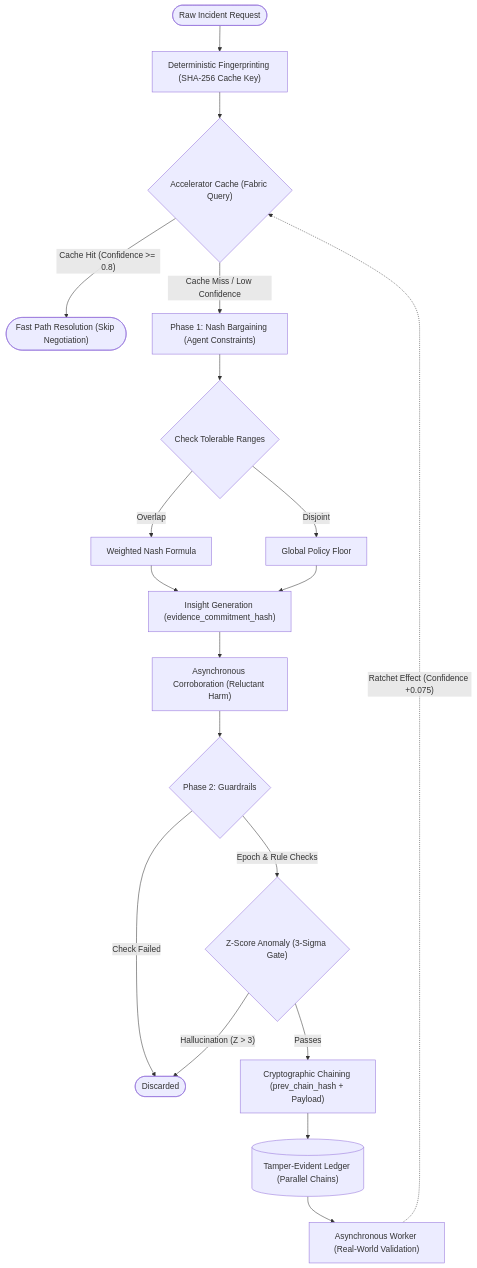
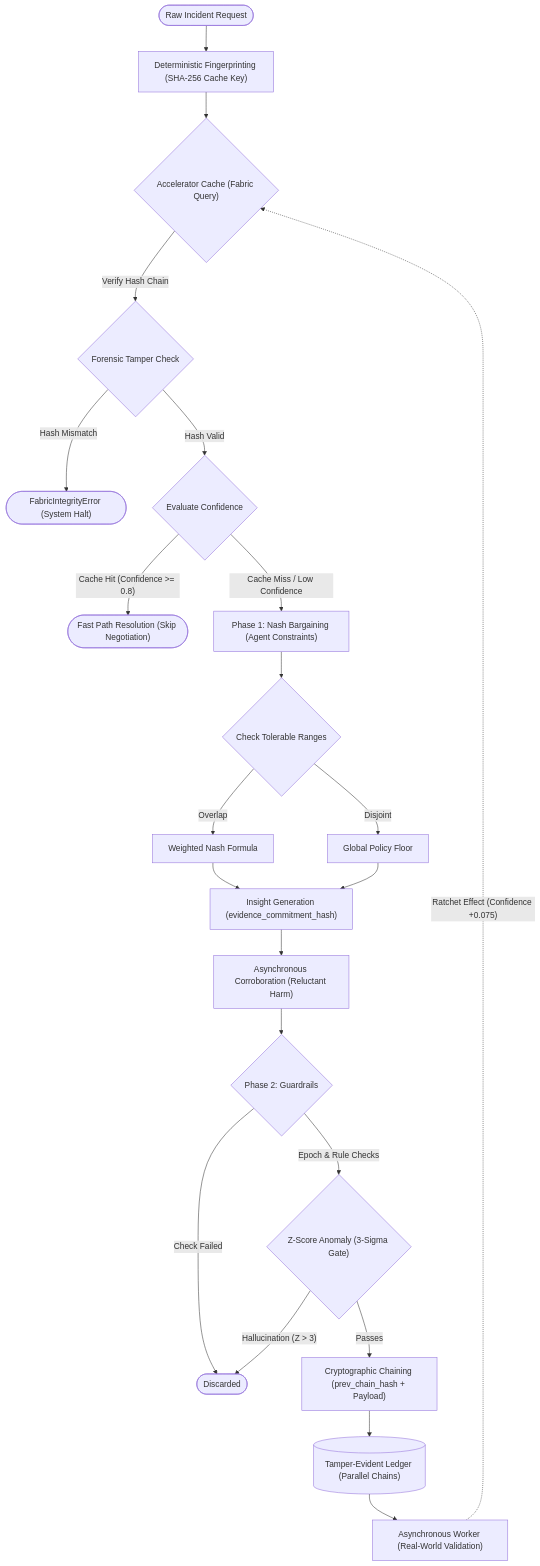
The diagram in README.md (tarunsh07/Project-Nemo), drawn with Mermaid before and after one commit. The commit also changed other lines of this file, not shown here.

Commit message:
Update architecture diagram to include read-time tamper detection

````diff
--- a/README.md
+++ b/README.md
@@ -85,36 +84,41 @@
 ```mermaid
 flowchart TD
     %% Main Entry
     A(["Raw Incident Request"]) --> B["Deterministic Fingerprinting (SHA-256 Cache Key)"]
     B --> C{"Accelerator Cache (Fabric Query)"}
     
+    %% Tamper Detection (Read-Time)
+    C -- "Verify Hash Chain" --> Q{"Forensic Tamper Check"}
+    Q -- "Hash Mismatch" --> R(["FabricIntegrityError (System Halt)"])
+    Q -- "Hash Valid" --> S{"Evaluate Confidence"}
+    
     %% Fast Path
-    C -- "Cache Hit (Confidence >= 0.8)" --> D(["Fast Path Resolution (Skip Negotiation)"])
+    S -- "Cache Hit (Confidence >= 0.8)" --> D(["Fast Path Resolution (Skip Negotiation)"])
     
     %% Slow Path
-    C -- "Cache Miss / Low Confidence" --> E["Phase 1: Nash Bargaining (Agent Constraints)"]
+    S -- "Cache Miss / Low Confidence" --> E["Phase 1: Nash Bargaining (Agent Constraints)"]
     
     %% Math Engine
     E --> F{"Check Tolerable Ranges"}
     F -- "Overlap" --> G["Weighted Nash Formula"]
     F -- "Disjoint" --> H["Global Policy Floor"]
     G --> I
     H --> I
     
     %% Commitment & Corroboration
     I["Insight Generation (evidence_commitment_hash)"] --> J["Asynchronous Corroboration (Reluctant Harm)"]
     
     %% Guardrails
     J --> K{"Phase 2: Guardrails"}
     K -- "Epoch & Rule Checks" --> L{"Z-Score Anomaly (3-Sigma Gate)"}
     K -- "Check Failed" --> M(["Discarded"])
     L -- "Hallucination (Z > 3)" --> M
     
     %% Ledger Write & Hash Chaining
     L -- "Passes" --> N["Cryptographic Chaining (prev_chain_hash + Payload)"]
     N --> O[("Tamper-Evident Ledger (Parallel Chains)")]
     
     %% The Ratchet Feedback Loop
     O --> P["Asynchronous Worker (Real-World Validation)"]
     P -. "Ratchet Effect (Confidence +0.075)" .-> C
 ```
````
